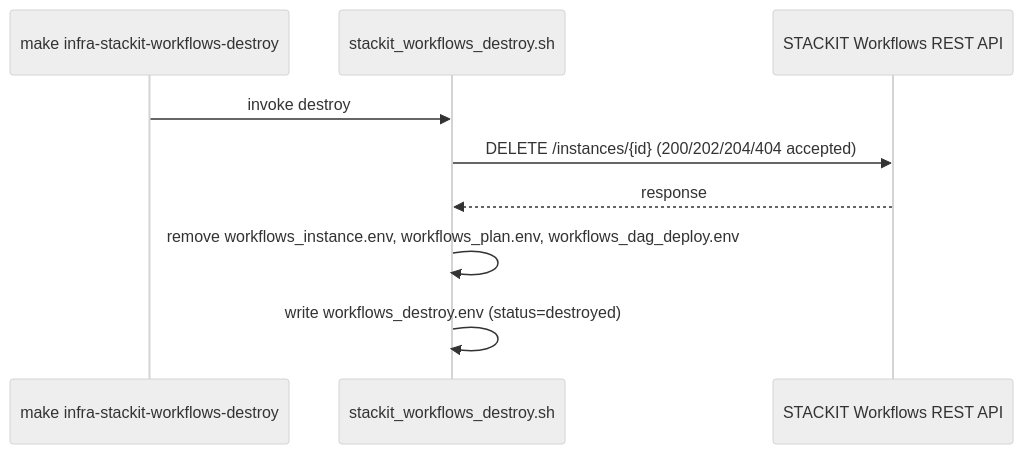
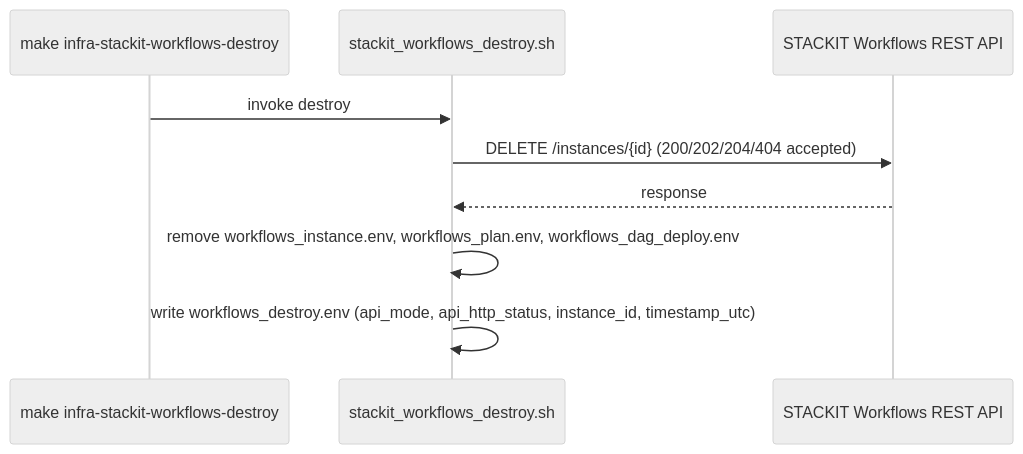
One commit to sbonoc/stackit-platform-blueprint changed the second of 3 diagrams in specs/2026-05-20-issue-248-workflows-module/architecture.md. Above: the diagram before and after it, drawn with Mermaid (neutral theme). The commit also changed other lines of this file and 5 other files, not shown here.

````diff
--- a/specs/2026-05-20-issue-248-workflows-module/architecture.md
+++ b/specs/2026-05-20-issue-248-workflows-module/architecture.md
@@ -67,12 +67,12 @@
 ```mermaid
 sequenceDiagram
     participant CLI as make infra-stackit-workflows-destroy
     participant Shell as stackit_workflows_destroy.sh
     participant API as STACKIT Workflows REST API
 
     CLI->>Shell: invoke destroy
     Shell->>API: DELETE /instances/{id} (200/202/204/404 accepted)
     API-->>Shell: response
     Shell->>Shell: remove workflows_instance.env, workflows_plan.env, workflows_dag_deploy.env
-    Shell->>Shell: write workflows_destroy.env (status=destroyed)
+    Shell->>Shell: write workflows_destroy.env (api_mode, api_http_status, instance_id, timestamp_utc)
 ```
````
